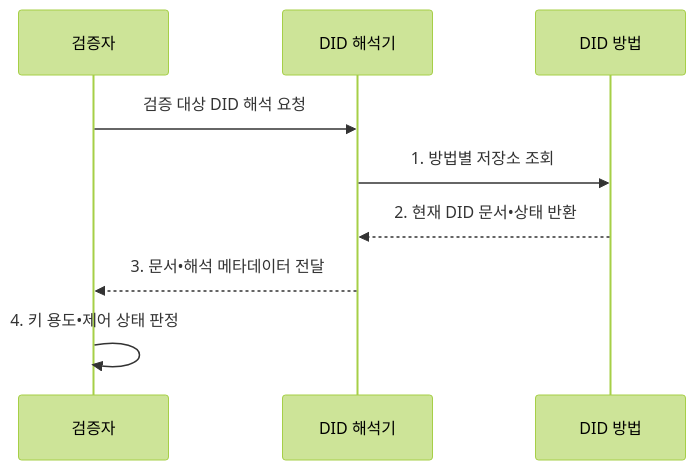
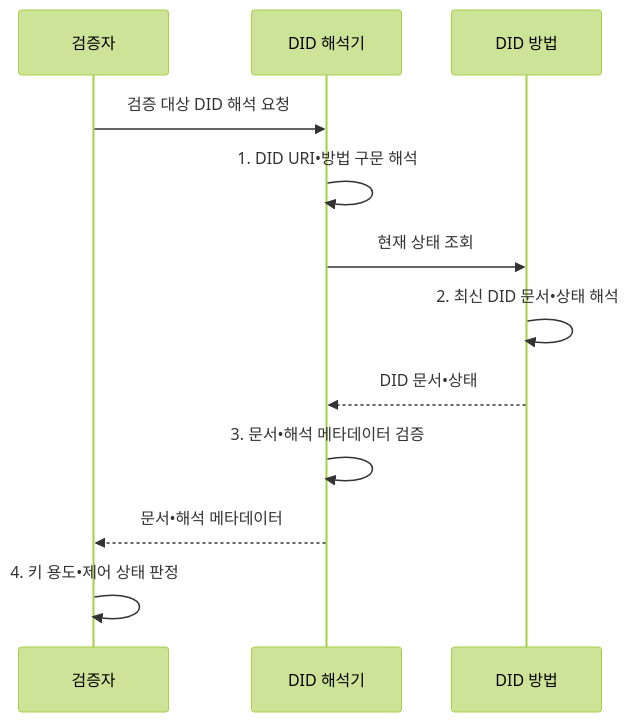
Before and after one commit to agnusdei1207/knowledge-base: the second of 2 diagrams in src/content/docs/notes/05-security/068_w3c_did.md, drawn with Mermaid (forest theme). The commit also changed other lines of this file and 20 other files, not shown here.

````diff
--- a/src/content/docs/notes/05-security/068_w3c_did.md
+++ b/src/content/docs/notes/05-security/068_w3c_did.md
@@ -100,11 +100,14 @@
 ```mermaid
 sequenceDiagram
     participant V as 검증자
     participant R as DID 해석기
     participant M as DID 방법
     V->>R: 검증 대상 DID 해석 요청
-    R->>M: 1. 방법별 저장소 조회
-    M-->>R: 2. 현재 DID 문서•상태 반환
-    R-->>V: 3. 문서•해석 메타데이터 전달
+    R->>R: 1. DID URI•방법 구문 해석
+    R->>M: 현재 상태 조회
+    M->>M: 2. 최신 DID 문서•상태 해석
+    M-->>R: DID 문서•상태
+    R->>R: 3. 문서•해석 메타데이터 검증
+    R-->>V: 문서•해석 메타데이터
     V->>V: 4. 키 용도•제어 상태 판정
 ```
````
